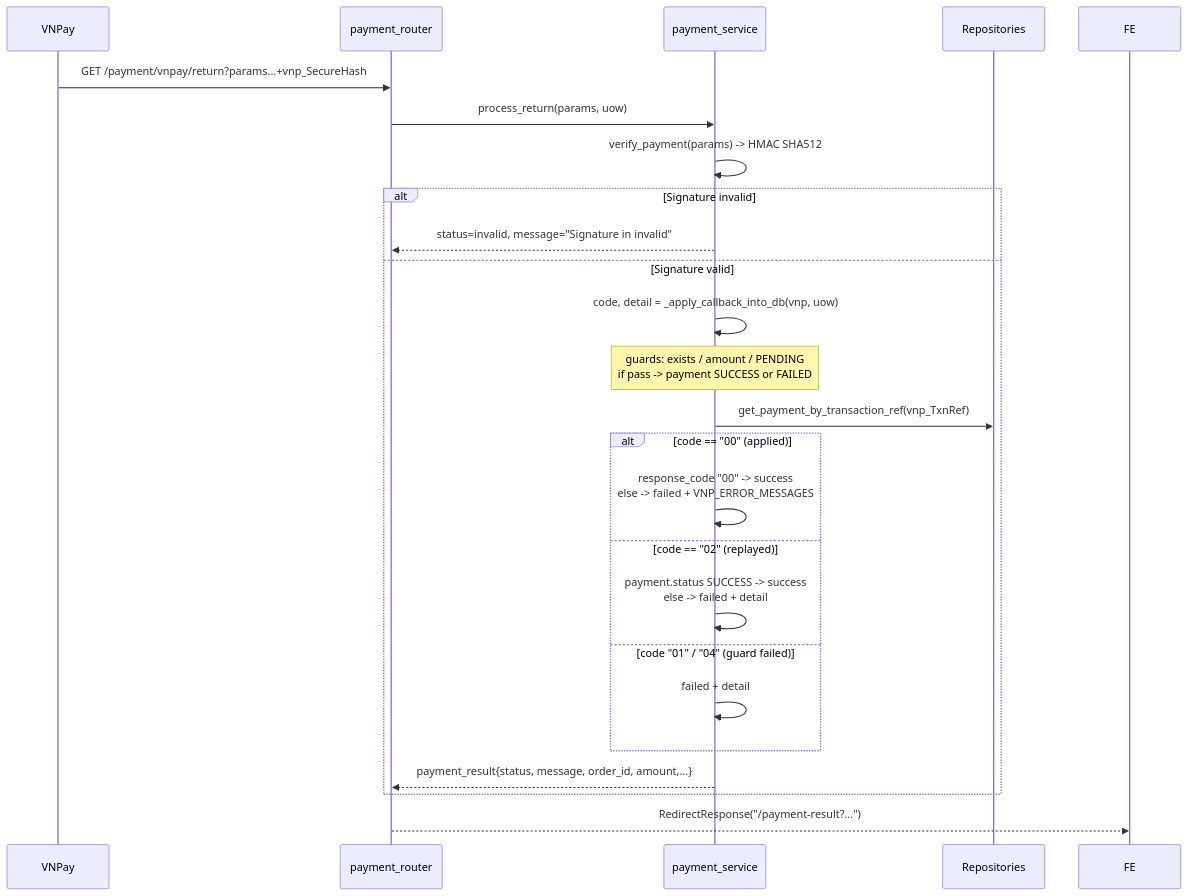
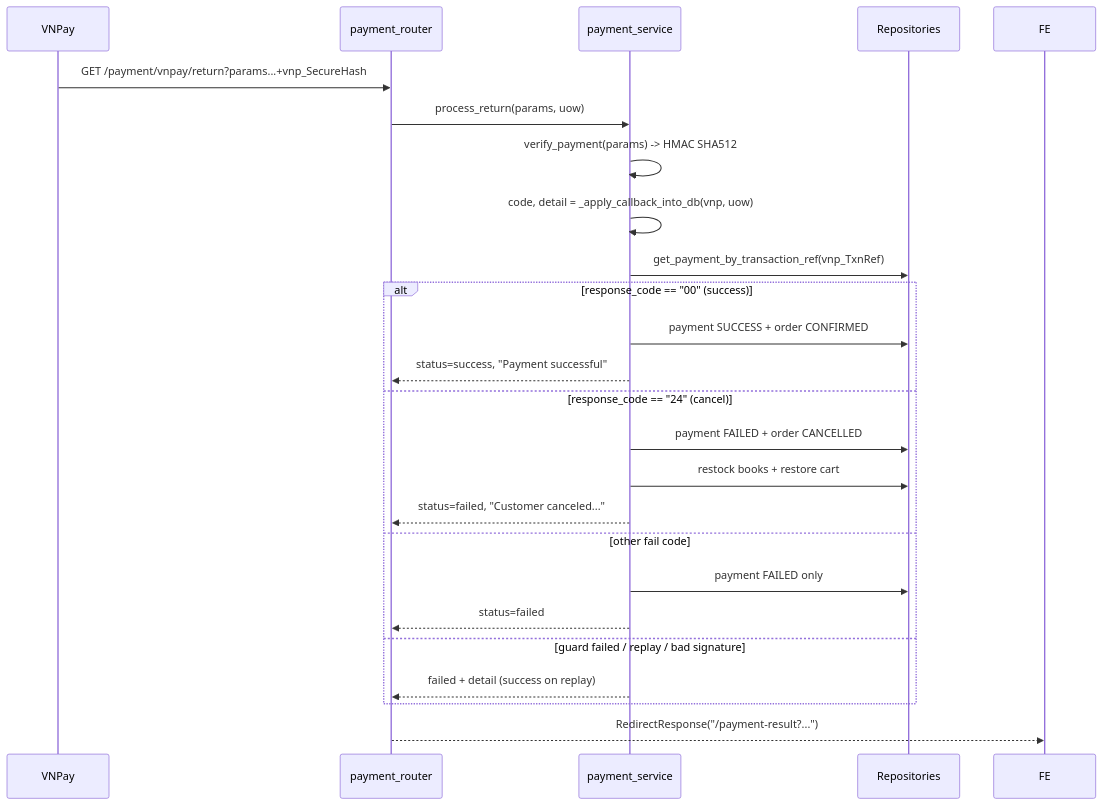
The third of 3 diagrams in docs/payment_flow.md (bean298/book-management-backend), drawn with Mermaid before and after one commit. The commit also changed other lines of this file, not shown here.

Commit message:
document [payment_flow]: refactor payment_flow

````diff
--- a/docs/payment_flow.md
+++ b/docs/payment_flow.md
@@ -375,27 +287,27 @@
 ```mermaid
 sequenceDiagram
     participant VNP as VNPay
     participant RT as payment_router
     participant SV as payment_service
     participant RP as Repositories
 
     VNP->>RT: GET /payment/vnpay/return?params...+vnp_SecureHash
     RT->>SV: process_return(params, uow)
     SV->>SV: verify_payment(params) -> HMAC SHA512
-    alt Signature invalid
-        SV-->>RT: status=invalid, message="Signature in invalid"
-    else Signature valid
-        SV->>SV: code, detail = _apply_callback_into_db(vnp, uow)
-        Note over SV: guards: exists / amount / PENDING<br/>if pass -> payment SUCCESS or FAILED
-        SV->>RP: get_payment_by_transaction_ref(vnp_TxnRef)
-        alt code == "00" (applied)
-            SV->>SV: response_code "00" -> success<br/>else -> failed + VNP_ERROR_MESSAGES
-        else code == "02" (replayed)
-            SV->>SV: payment.status SUCCESS -> success<br/>else -> failed + detail
-        else code "01" / "04" (guard failed)
-            SV->>SV: failed + detail
-        end
-        SV-->>RT: payment_result{status, message, order_id, amount,...}
+    SV->>SV: code, detail = _apply_callback_into_db(vnp, uow)
+    SV->>RP: get_payment_by_transaction_ref(vnp_TxnRef)
+    alt response_code == "00" (success)
+        SV->>RP: payment SUCCESS + order CONFIRMED
+        SV-->>RT: status=success, "Payment successful"
+    else response_code == "24" (cancel)
+        SV->>RP: payment FAILED + order CANCELLED
+        SV->>RP: restock books + restore cart
+        SV-->>RT: status=failed, "Customer canceled..."
+    else other fail code
+        SV->>RP: payment FAILED only
+        SV-->>RT: status=failed
+    else guard failed / replay / bad signature
+        SV-->>RT: failed + detail (success on replay)
     end
     RT-->>FE: RedirectResponse("/payment-result?...")
 ```
````
